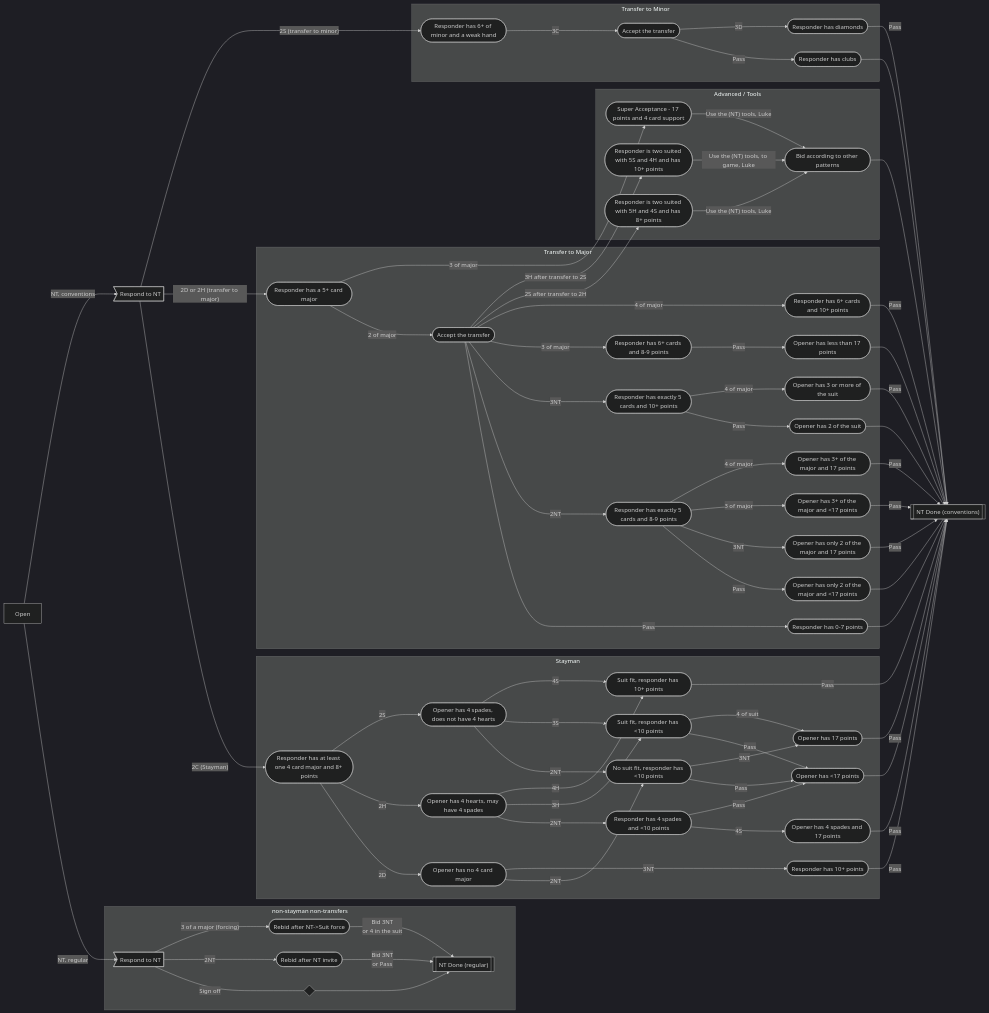
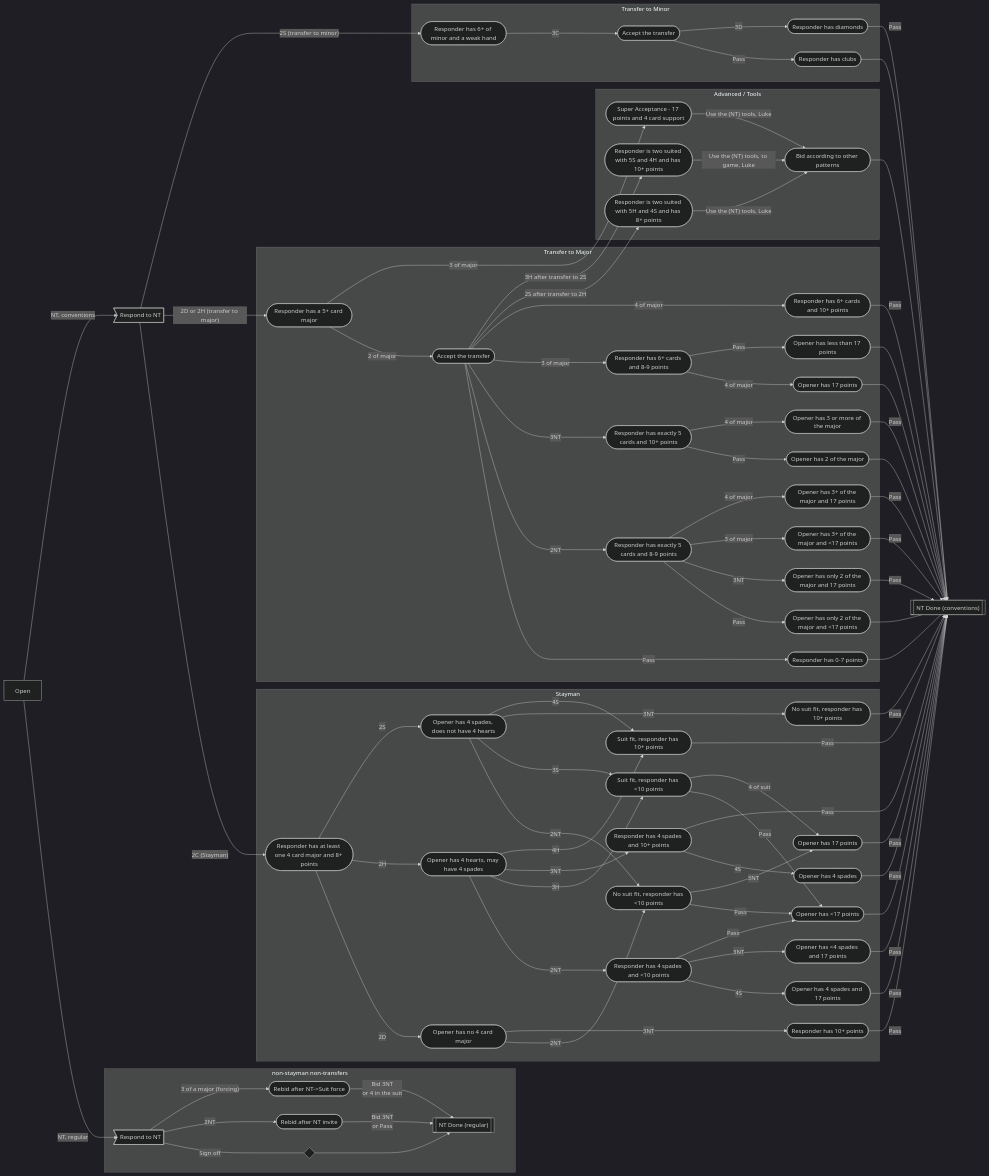
One commit to truist/bridge_bidding changed the diagram in transfers.mmd. Above: the diagram before and after it, drawn with Mermaid (dark theme). The commit also changed 1 other file, not shown here.

Commit message:
Transfers and Stayman are in the spreadsheet and the chart should be correct

```diff
--- a/transfers.mmd
+++ b/transfers.mmd
@@ -1,93 +1,103 @@
 flowchart LR
   Open[Open]
     Open -->|NT, regular| NTRespond>Respond to NT]
     Open -->|NT, conventions| NTConventions>Respond to NT]
 
   subgraph NTOpensGraph [non-stayman non-transfers]
     NTRespond ---|"Sign off"| Spacer1{" "}
       Spacer1 --> NTDoneRegular[["NT Done (regular)"]]
     NTRespond -->|"2NT"| NTInvitational([Rebid after NT invite])
       NTInvitational -->|Bid 3NT\nor Pass| NTDoneRegular
     NTRespond -->|"3 of a major (forcing)"| NTForcing([Rebid after NT->Suit force])
       NTForcing -->|Bid 3NT\nor 4 in the suit| NTDoneRegular
   end
 
     NTConventions -->|"2C (Stayman)"| Stayman([Responder has at least one 4 card major and 8+ points])
   subgraph StaymanGraph [Stayman]
       Stayman -->|2D| NoMajor([Opener has no 4 card major])
         NoMajor -->|2NT| NoFitInvitational([No suit fit, responder has <10 points])
           NoFitInvitational -->|Pass| InvitationalLowPoints([Opener has <17 points])
           NoFitInvitational  -->|3NT| InvitationalHighPoints([Opener has 17 points])
         NoMajor -->|3NT| NTGame([Responder has 10+ points])
       Stayman -->|2H| HeartMajor([Opener has 4 hearts, may have 4 spades])
-        HeartMajor -->|2NT| SpadeSecondChance([Responder has 4 spades and <10 points])
-          SpadeSecondChance -->|4S| SpadeChanceWon([Opener has 4 spades and 17 points])
-          SpadeSecondChance -->|Pass| InvitationalLowPoints
+        HeartMajor -->|2NT| SpadeSecondChanceLowPoints([Responder has 4 spades and <10 points])
+          SpadeSecondChanceLowPoints -->|4S| SpadeChanceWonHighPoints([Opener has 4 spades and 17 points])
+          SpadeSecondChanceLowPoints -->|3NT| SpadeChanceLostHighPoints([Opener has <4 spades and 17 points])
+          SpadeSecondChanceLowPoints -->|Pass| InvitationalLowPoints
         HeartMajor -->|3H| SuitInvitational([Suit fit, responder has <10 points])
           SuitInvitational -->|Pass| InvitationalLowPoints
           SuitInvitational -->|4 of suit| InvitationalHighPoints
+        HeartMajor -->|3NT| SpadeSecondChanceHighPoints([Responder has 4 spades and 10+ points])
+          SpadeSecondChanceHighPoints -->|4S| SpadeChanceWon([Opener has 4 spades])
         HeartMajor -->|4H| GameFitResponder([Suit fit, responder has 10+ points])
       Stayman -->|2S| SpadeMajor([Opener has 4 spades, does not have 4 hearts])
         SpadeMajor -->|2NT| NoFitInvitational
         SpadeMajor -->|3S| SuitInvitational
+        SpadeMajor -->|3NT| NoFitNT([No suit fit, responder has 10+ points])
         SpadeMajor -->|4S| GameFitResponder
   end
             InvitationalLowPoints --- NTDone[["NT Done (conventions)"]]
             InvitationalHighPoints -->|Pass| NTDone
           NTGame -->|Pass| NTDone
+            SpadeChanceWonHighPoints -->|Pass| NTDone
+            SpadeChanceLostHighPoints -->|Pass| NTDone
             SpadeChanceWon -->|Pass| NTDone
+          SpadeSecondChanceHighPoints -->|Pass| NTDone
+          NoFitNT -->|Pass| NTDone
           GameFitResponder -->|Pass| NTDone
 
     NTConventions -->|"2D or 2H (transfer to major)"| TransferMajor([Responder has a 5+ card major])
   subgraph MajorTransfer [Transfer to Major]
       TransferMajor -->|2 of major| AfterMajorTransfer([Accept the transfer])
         AfterMajorTransfer -->|Pass| LowPoints([Responder has 0-7 points])
 
         AfterMajorTransfer -->|2NT| FiveCardMajorLowPoints([Responder has exactly 5 cards and 8-9 points])
           FiveCardMajorLowPoints -->|Pass| TwoOfMajorLowPoints([Opener has only 2 of the major and <17 points])
           FiveCardMajorLowPoints -->|3NT| TwoOfMajorHighPoints([Opener has only 2 of the major and 17 points])
           FiveCardMajorLowPoints -->|3 of major| ThreeOfMajorLowPoints([Opener has 3+ of the major and <17 points])
           FiveCardMajorLowPoints -->|4 of major| FourOfMajorHighPoints([Opener has 3+ of the major and 17 points])
 
 
         AfterMajorTransfer -->|3NT| FiveCardMajorHighPoints([Responder has exactly 5 cards and 10+ points])
-          FiveCardMajorHighPoints -->|Pass| OnlyTwo([Opener has 2 of the suit])
-          FiveCardMajorHighPoints -->|4 of major| ThreeOrMore([Opener has 3 or more of the suit])
+          FiveCardMajorHighPoints -->|Pass| OnlyTwo([Opener has 2 of the major])
+          FiveCardMajorHighPoints -->|4 of major| ThreeOrMore([Opener has 3 or more of the major])
 
         AfterMajorTransfer -->|3 of major| SixCardMajorLowPoints([Responder has 6+ cards and 8-9 points])
+          SixCardMajorLowPoints -->|4 of major| Has17([Opener has 17 points])
           SixCardMajorLowPoints -->|Pass| LessThan17([Opener has less than 17 points])
 
         AfterMajorTransfer -->|4 of major| SixCardMajorHighPoints([Responder has 6+ cards and 10+ points])
 
   end
           LowPoints --- NTDone
             TwoOfMajorLowPoints --- NTDone
             TwoOfMajorHighPoints -->|Pass| NTDone
             ThreeOfMajorLowPoints -->|Pass| NTDone
             FourOfMajorHighPoints -->|Pass| NTDone
             OnlyTwo --- NTDone
             ThreeOrMore -->|Pass| NTDone
+            Has17 --- NTDone
             LessThan17 --- NTDone
           SixCardMajorHighPoints -->|Pass| NTDone
 
   subgraph AdvancedTools [Advanced / Tools]
         AfterMajorTransfer -->|2S after transfer to 2H| HSTwoSuited([Responder is two suited with 5H and 4S and has 8+ points])
           HSTwoSuited -->|"Use the (NT) tools, Luke"| Tools([Bid according to other patterns])
 
         AfterMajorTransfer -->|3H after transfer to 2S| SHTwoSuited([Responder is two suited with 5S and 4H and has 10+ points])
           SHTwoSuited -->|"Use the (NT) tools, to game, Luke"| Tools
 
       TransferMajor -->|3 of major| SuperAcceptance([Super Acceptance - 17 points and 4 card support])
         SuperAcceptance -->|"Use the (NT) tools, Luke"| Tools
   end
             Tools --- NTDone
 
 
     NTConventions -->|"2S (transfer to minor)"| TransferMinor([Responder has 6+ of minor and a weak hand])
   subgraph MinorTransfer [Transfer to Minor]
       TransferMinor -->|3C| AfterMinorTransfer([Accept the transfer])
         AfterMinorTransfer -->|Pass| PreferClubs([Responder has clubs])
         AfterMinorTransfer -->|3D| PreferDiamonds([Responder has diamonds])
   end
           PreferClubs --- NTDone
           PreferDiamonds -->|Pass| NTDone
```
